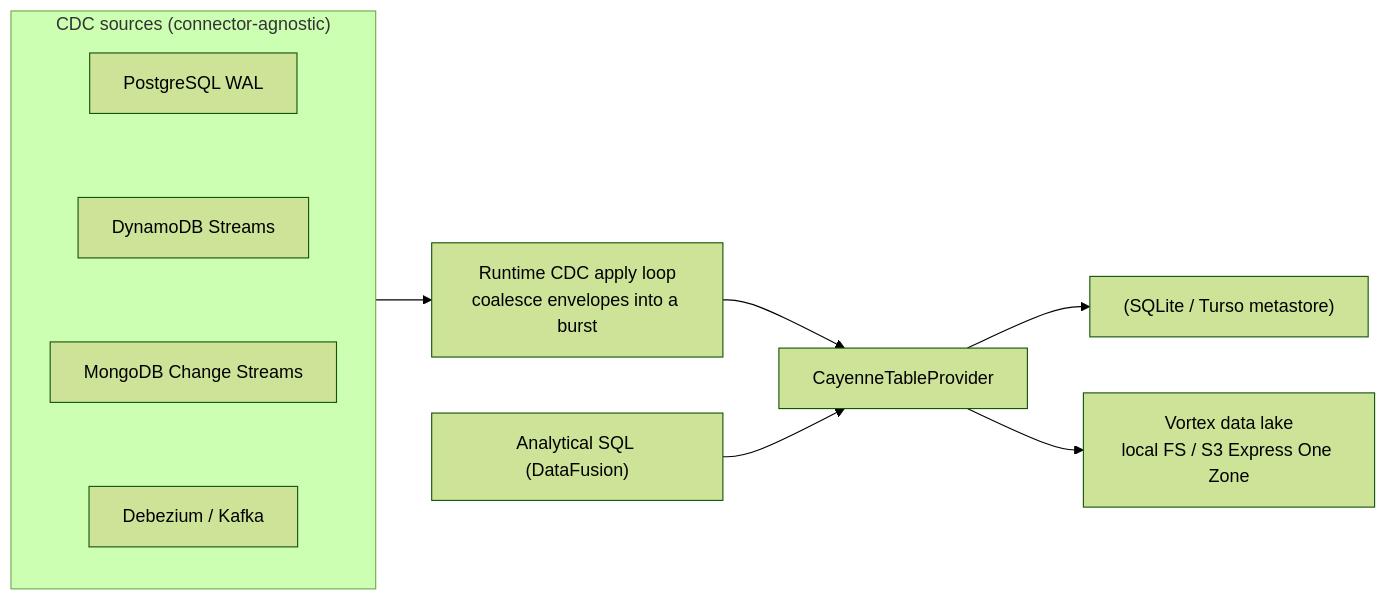
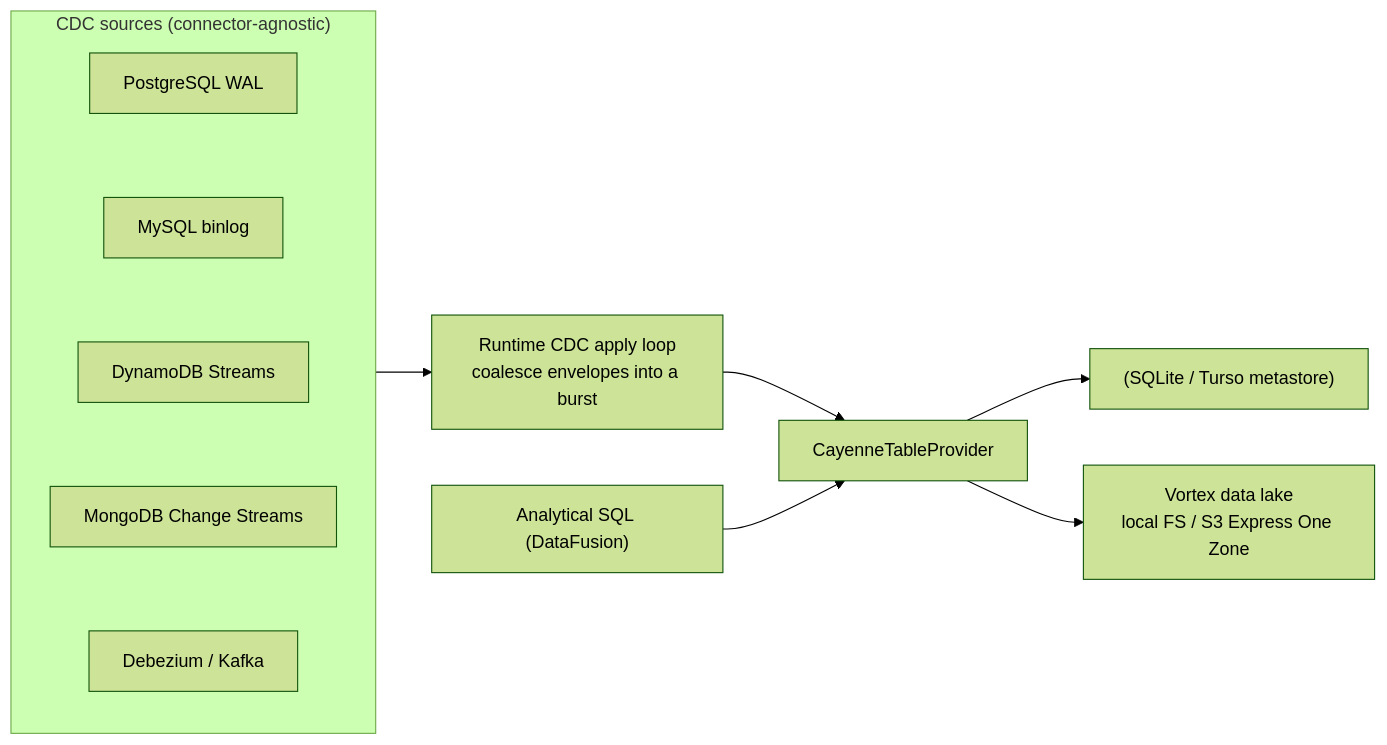
Before and after one commit to spiceai/spiceai: the second of 22 diagrams in docs/cayenne/cayenne.md, drawn with Mermaid (forest theme). The commit also changed other lines of this file and 3 other files, not shown here.

````diff
--- a/docs/cayenne/cayenne.md
+++ b/docs/cayenne/cayenne.md
@@ -165,16 +165,17 @@
 ```mermaid
 flowchart LR
     subgraph SRC["CDC sources (connector-agnostic)"]
         direction TB
         PG["PostgreSQL WAL"]
+        MY["MySQL binlog"]
         DDB["DynamoDB Streams"]
         MDB["MongoDB Change Streams"]
         DBZ["Debezium / Kafka"]
-        PG ~~~ DDB ~~~ MDB ~~~ DBZ
+        PG ~~~ MY ~~~ DDB ~~~ MDB ~~~ DBZ
     end
     SRC --> APPLY["Runtime CDC apply loop<br/>coalesce envelopes into a burst"]
     APPLY --> PROV["CayenneTableProvider"]
     QRY["Analytical SQL (DataFusion)"] --> PROV
     PROV --> META["(SQLite / Turso metastore)"]
     PROV --> LAKE["Vortex data lake<br/>local FS / S3 Express One Zone"]
 ```
````
